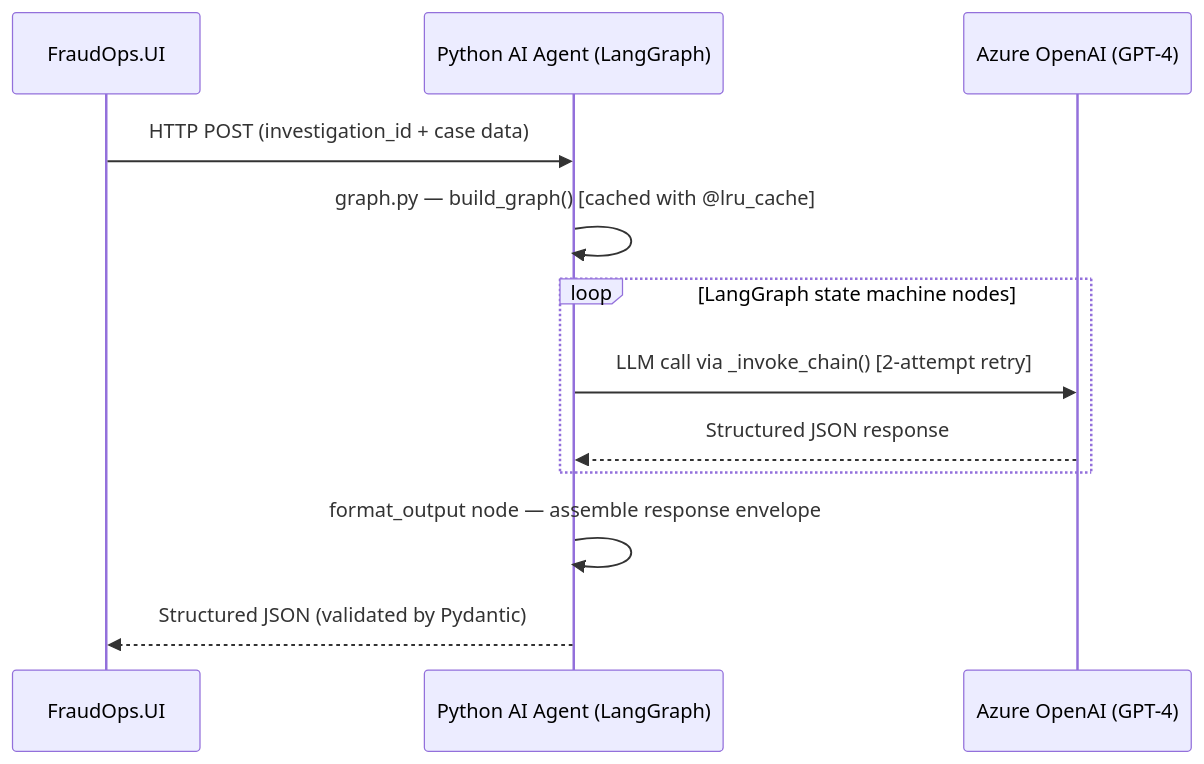
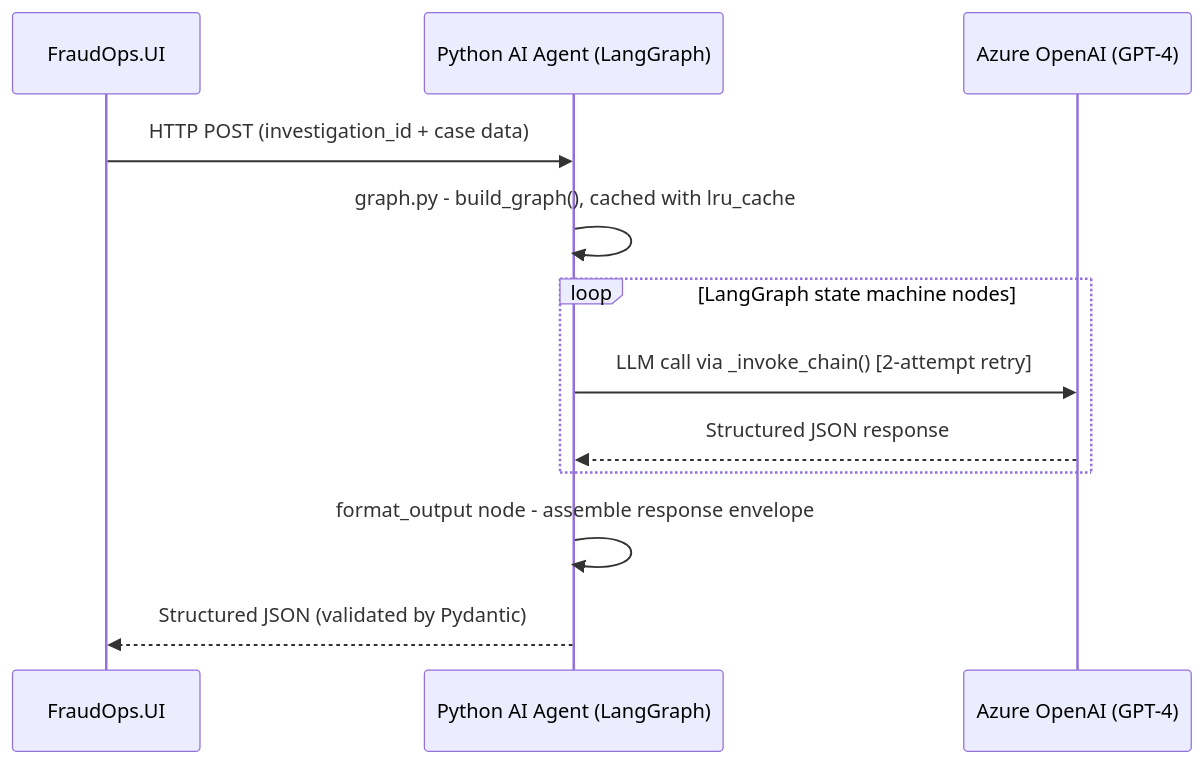
One commit to Anubhav-Singh13/Monk_Intelligence changed the fifth of 9 diagrams in ARCHITECTURE.md. Above: the diagram before and after it, drawn with Mermaid. The commit also changed other lines of this file and 1 other file, not shown here.

````diff
--- a/ARCHITECTURE.md
+++ b/ARCHITECTURE.md
@@ -208,15 +217,15 @@
 ```mermaid
 sequenceDiagram
     participant UI as FraudOps.UI
     participant AG as Python AI Agent (LangGraph)
     participant OAI as Azure OpenAI (GPT-4)
 
     UI->>AG: HTTP POST (investigation_id + case data)
-    AG->>AG: graph.py — build_graph() [cached with @lru_cache]
+    AG->>AG: graph.py - build_graph(), cached with lru_cache
     loop LangGraph state machine nodes
         AG->>OAI: LLM call via _invoke_chain() [2-attempt retry]
         OAI-->>AG: Structured JSON response
     end
-    AG->>AG: format_output node — assemble response envelope
+    AG->>AG: format_output node - assemble response envelope
     AG-->>UI: Structured JSON (validated by Pydantic)
 ```
````
